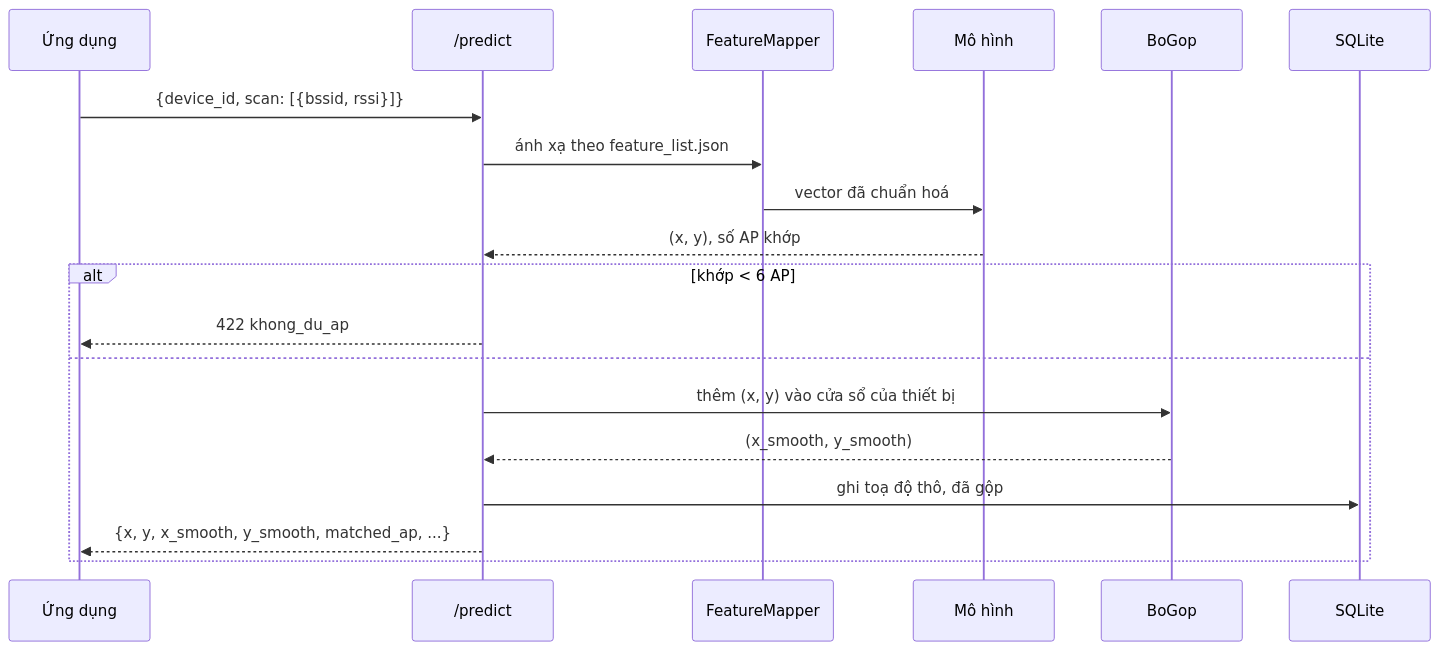
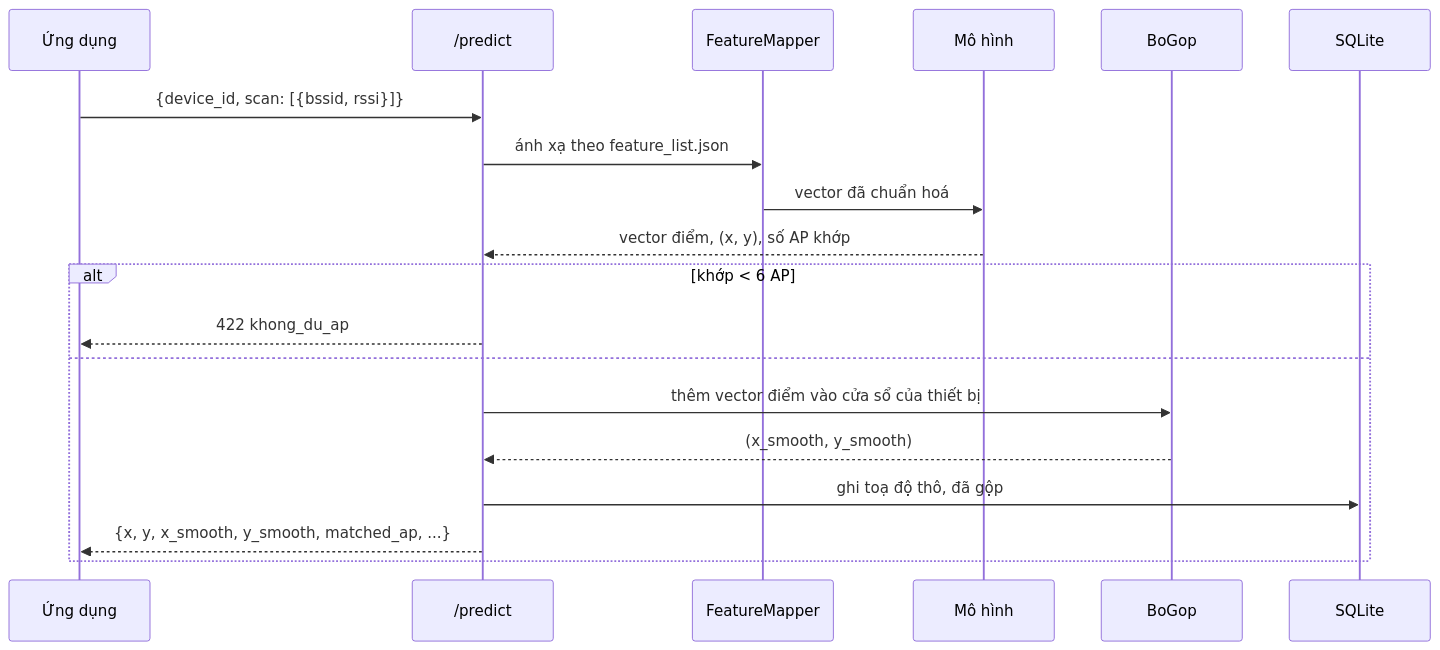
One commit to DoAnTotNghiep-Indoor/Indoor_Positoning_System-DATN changed the second of 3 diagrams in docs/thiet_ke_he_thong.md. Above: the diagram before and after it, drawn with Mermaid. The commit also changed other lines of this file and 38 other files, not shown here.

````diff
--- a/docs/thiet_ke_he_thong.md
+++ b/docs/thiet_ke_he_thong.md
@@ -78,22 +78,22 @@
 ```mermaid
 sequenceDiagram
   participant A as Ứng dụng
   participant R as /predict
   participant F as FeatureMapper
   participant M as Mô hình
   participant G as BoGop
   participant D as SQLite
 
   A->>R: {device_id, scan: [{bssid, rssi}]}
   R->>F: ánh xạ theo feature_list.json
   F->>M: vector đã chuẩn hoá
-  M-->>R: (x, y), số AP khớp
+  M-->>R: vector điểm, (x, y), số AP khớp
   alt khớp < 6 AP
     R-->>A: 422 khong_du_ap
   else
-    R->>G: thêm (x, y) vào cửa sổ của thiết bị
+    R->>G: thêm vector điểm vào cửa sổ của thiết bị
     G-->>R: (x_smooth, y_smooth)
     R->>D: ghi toạ độ thô, đã gộp
     R-->>A: {x, y, x_smooth, y_smooth, matched_ap, ...}
   end
 ```
````
